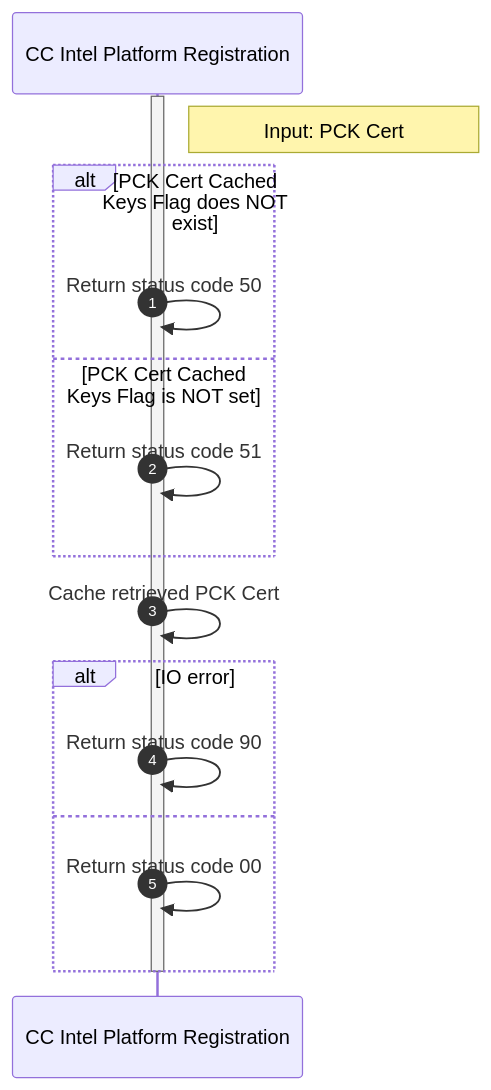
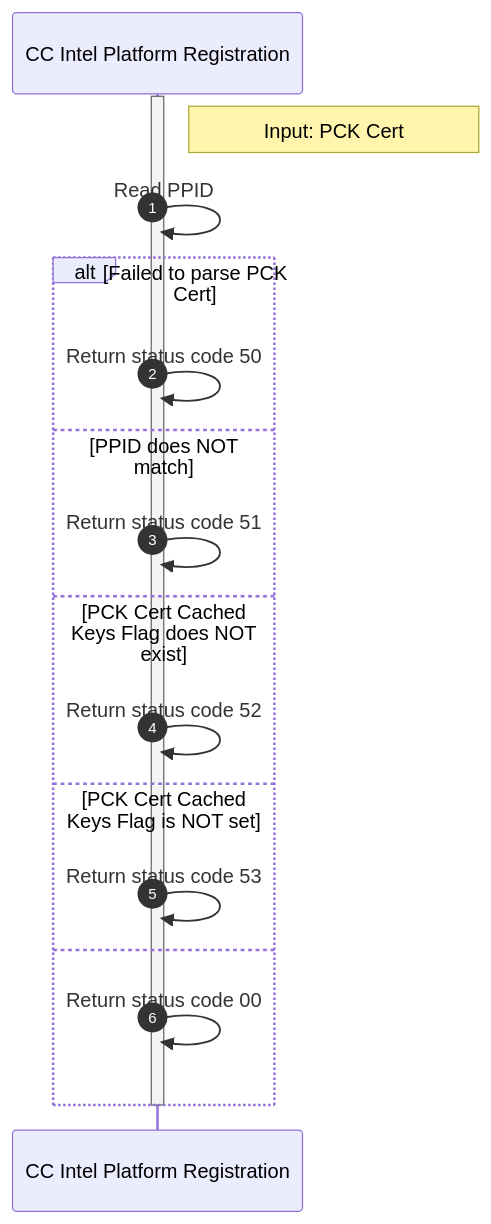
One commit to opensovereigncloud/cc-intel-platform-registration changed the third of 4 diagrams in docs/sequence_diagrams/registration.md. Above: the diagram before and after it, drawn with Mermaid. The commit also changed other lines of this file, not shown here.

````diff
--- a/docs/sequence_diagrams/registration.md
+++ b/docs/sequence_diagrams/registration.md
@@ -137,26 +135,26 @@
 ```mermaid
 sequenceDiagram
     participant cc_ipr as CC Intel Platform Registration
 
     autonumber
 
     activate cc_ipr
 
     note right of cc_ipr: Input: PCK Cert
 
-    alt PCK Cert Cached Keys Flag does NOT exist
-        cc_ipr->>cc_ipr: Return status code 50 
+    cc_ipr->>cc_ipr: Read PPID
+
+    alt Failed to parse PCK Cert
+        cc_ipr->>cc_ipr: Return status code 50
+    else PPID does NOT match
+        cc_ipr->>cc_ipr: Return status code 51
+    else PCK Cert Cached Keys Flag does NOT exist
+        cc_ipr->>cc_ipr: Return status code 52 
     else PCK Cert Cached Keys Flag is NOT set
-        cc_ipr->>cc_ipr: Return status code 51 
-    end
-
-    cc_ipr->>cc_ipr: Cache retrieved PCK Cert
-
-    alt IO error
-        cc_ipr->>cc_ipr: Return status code 90 
+        cc_ipr->>cc_ipr: Return status code 53
     else
         cc_ipr->>cc_ipr: Return status code 00 
     end
 
     deactivate cc_ipr
 ```
````
